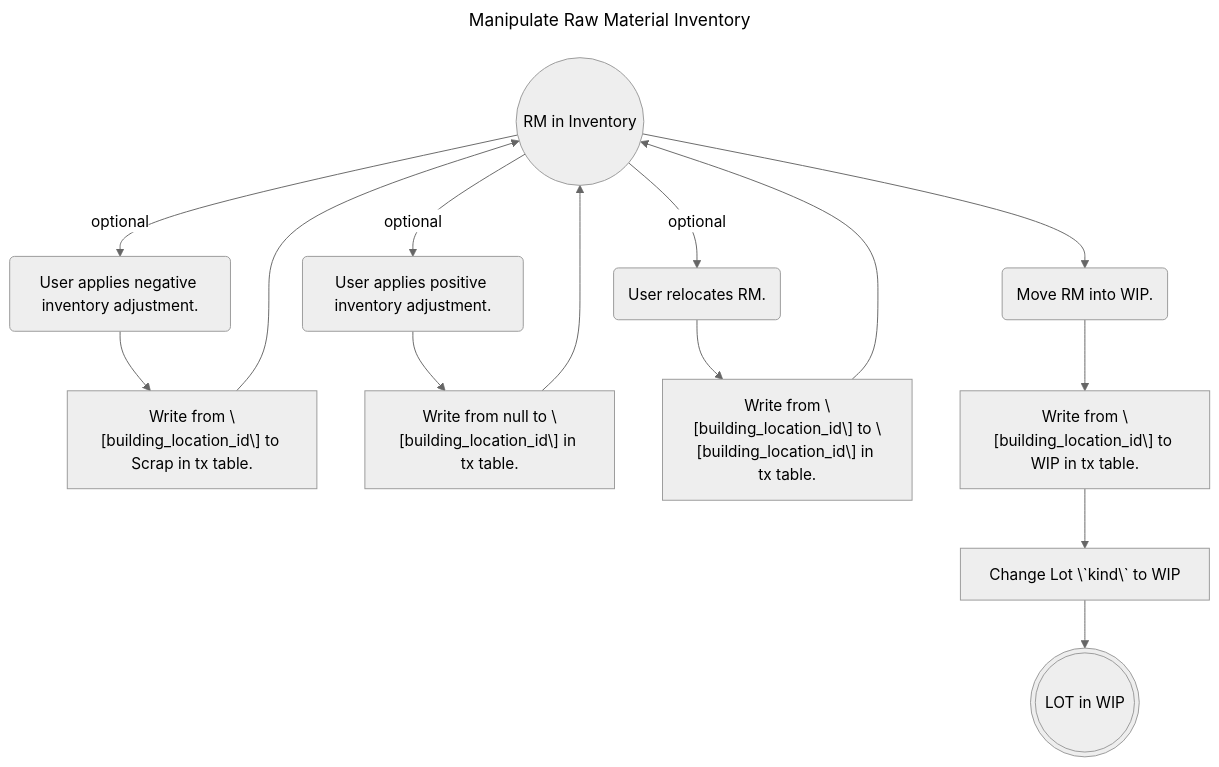
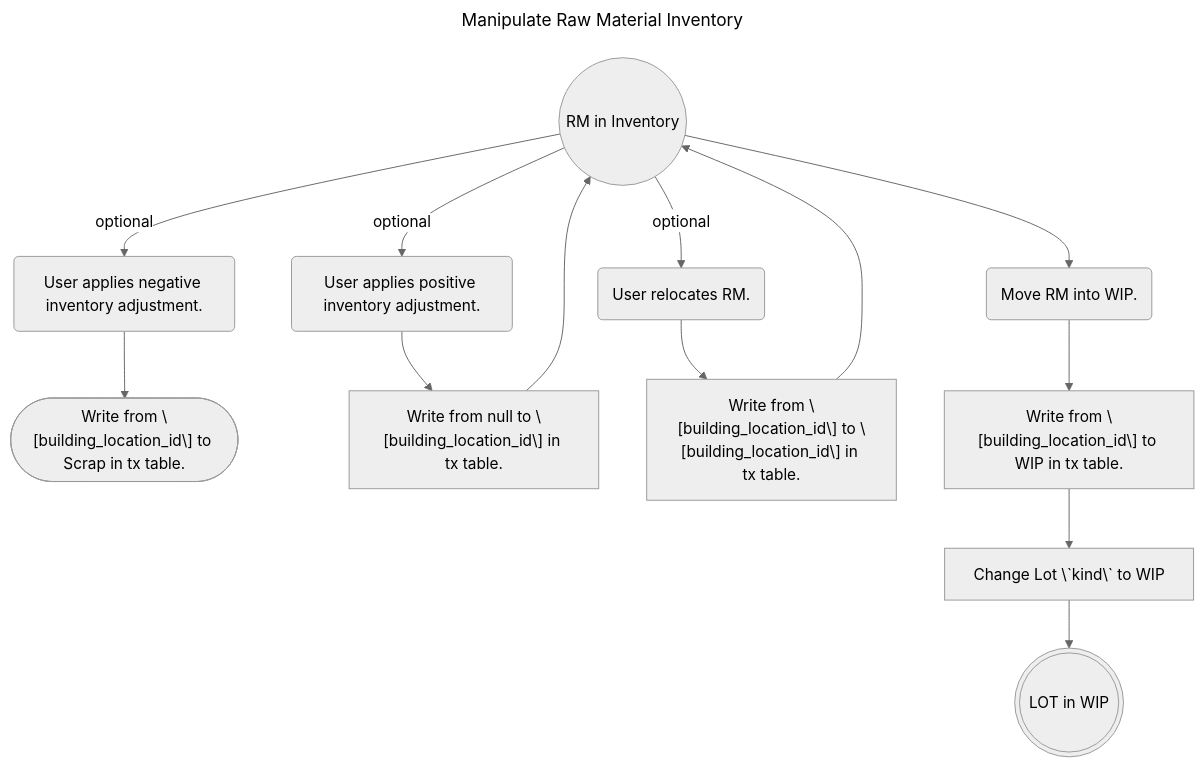
Before and after one commit to afi-spencerd/RSM: the fourth of 6 diagrams in src/tx_table_proposal.md, drawn with Mermaid (neutral theme). The commit also changed other lines of this file, not shown here.

Commit message:
feat: create FG manipulation flowchart

````diff
--- a/src/tx_table_proposal.md
+++ b/src/tx_table_proposal.md
@@ -139,22 +139,22 @@
 ```mermaid
 ---
 title: Manipulate Raw Material Inventory
 ---
 flowchart TB
   rm_in_inventory(("RM in Inventory"))
   adjust_inventory_negative("User applies negative inventory adjustment.")
-  tx_adjust_inventory_negative["Write from \[building_location_id\] to Scrap in tx table."]
+  tx_adjust_inventory_negative(["Write from \[building_location_id\] to Scrap in tx table."])
   adjust_inventory_positive("User applies positive inventory adjustment.")
   tx_adjust_inventory_positive["Write from null to \[building_location_id\] in tx table."]
   relocate_rm("User relocates RM.")
   tx_relocate_rm["Write from \[building_location_id\] to \[building_location_id\] in tx table."]
   wip_rm("Move RM into WIP.")
   tx_wip_rm["Write from \[building_location_id\] to WIP in tx table."]
   cast_rm_to_wip["Change Lot \`kind\` to WIP"]
   lot_in_wip((("LOT in WIP")))
 
-  rm_in_inventory -->|optional| adjust_inventory_negative --> tx_adjust_inventory_negative --> rm_in_inventory
+  rm_in_inventory -->|optional| adjust_inventory_negative --> tx_adjust_inventory_negative
   rm_in_inventory -->|optional| adjust_inventory_positive --> tx_adjust_inventory_positive --> rm_in_inventory
   rm_in_inventory -->|optional| relocate_rm --> tx_relocate_rm --> rm_in_inventory
   rm_in_inventory --> wip_rm --> tx_wip_rm --> cast_rm_to_wip --> lot_in_wip
 ```
````
